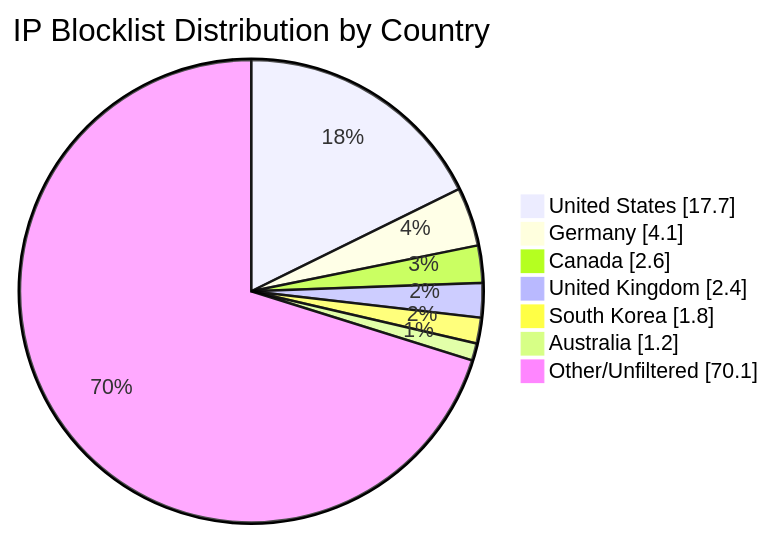
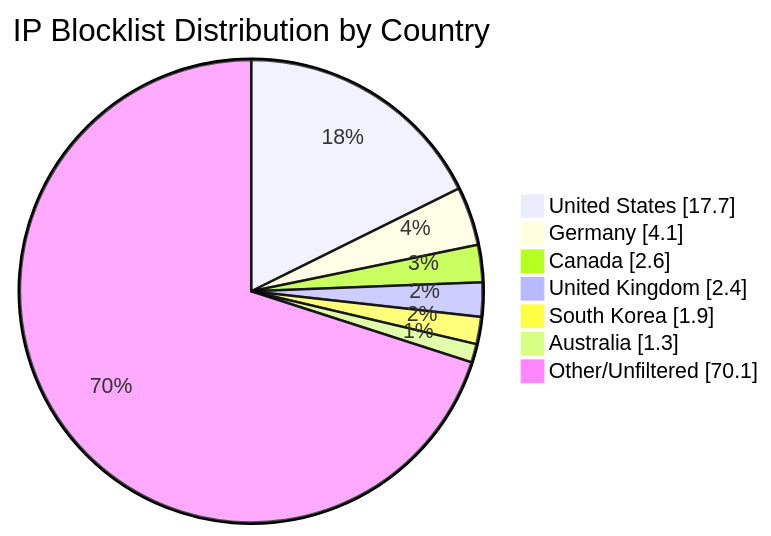
One commit to MarcusHoltz/ipblocklist-geofiltered-aggregator changed the diagram in README.md. Above: the diagram before and after it, drawn with Mermaid. The commit also changed other lines of this file and 9 other files, not shown here.

````diff
--- a/README.md
+++ b/README.md
@@ -34,10 +34,10 @@
 ```mermaid
 pie showData title IP Blocklist Distribution by Country
 "United States" : 17.7
 "Germany" : 4.1
 "Canada" : 2.6
 "United Kingdom" : 2.4
-"South Korea" : 1.8
-"Australia" : 1.2
+"South Korea" : 1.9
+"Australia" : 1.3
 "Other/Unfiltered" : 70.1
 ```
````
